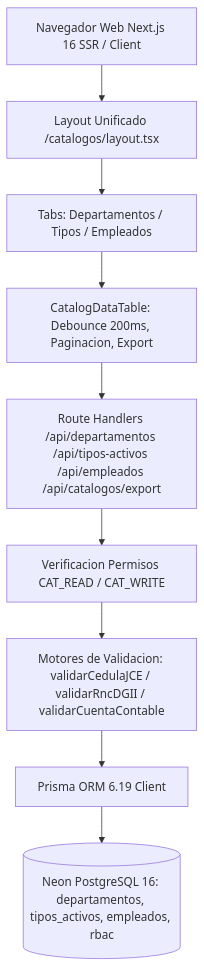
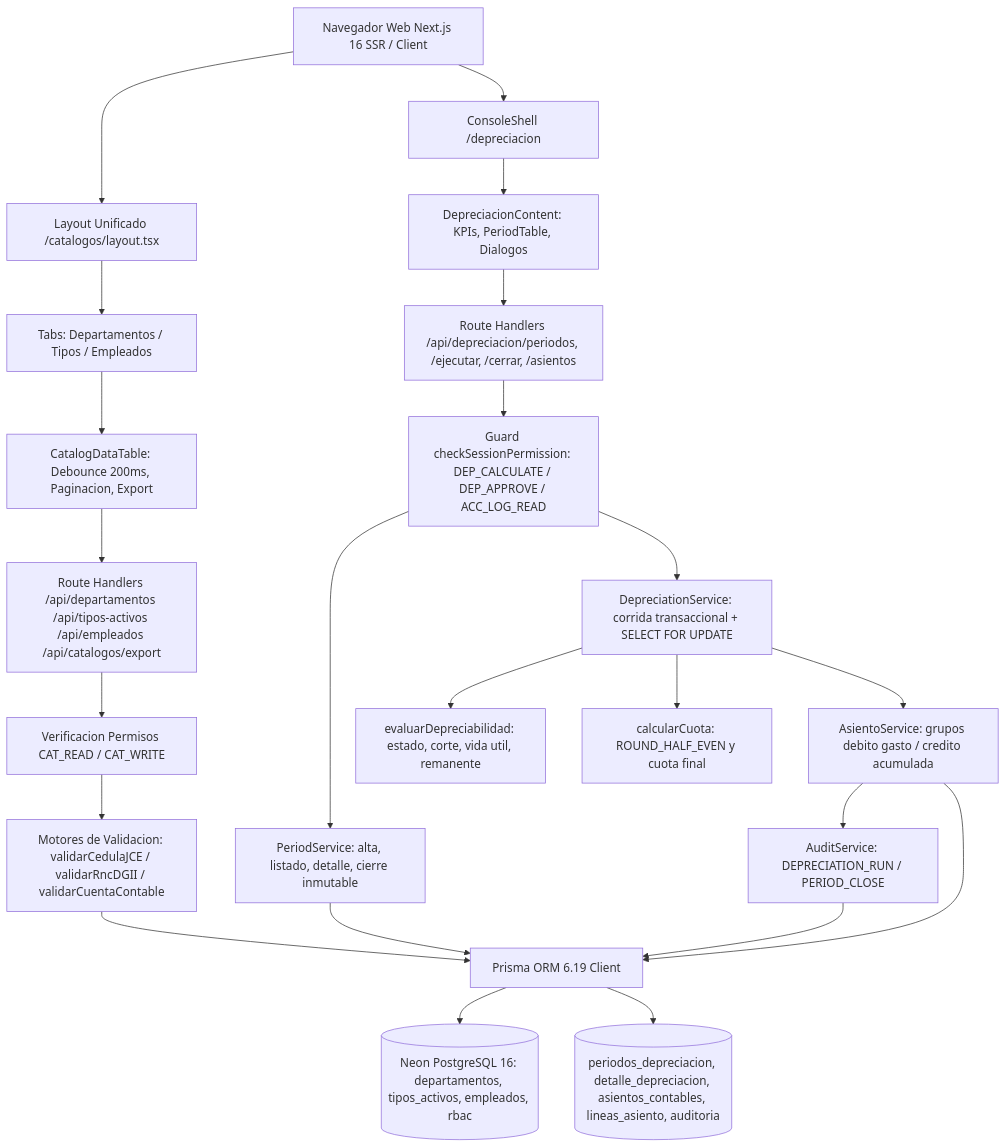
Before and after one commit to JeremyJS20/activa_core: the fifth of 6 diagrams in docs/modules/activos-fijos.md, drawn with Mermaid. The commit also changed other lines of this file and 12 other files, not shown here.

First line of the commit message:
test(depreciacion): wave 5 - suites de calculo, servicios, API y smoke E2E

````diff
--- a/docs/modules/activos-fijos.md
+++ b/docs/modules/activos-fijos.md
@@ -92,11 +105,26 @@
 ```mermaid
 flowchart TD
     Browser[Navegador Web Next.js 16 SSR / Client] --> Shell[Layout Unificado /catalogos/layout.tsx]
     Shell --> Tabs[Tabs: Departamentos / Tipos / Empleados]
     Tabs --> DataTable[CatalogDataTable: Debounce 200ms, Paginacion, Export]
     DataTable --> API_Catalogos[Route Handlers /api/departamentos /api/tipos-activos /api/empleados /api/catalogos/export]
     API_Catalogos --> RBAC_Gate[Verificacion Permisos CAT_READ / CAT_WRITE]
     RBAC_Gate --> Validators[Motores de Validacion: validarCedulaJCE / validarRncDGII / validarCuentaContable]
     Validators --> Prisma[Prisma ORM 6.19 Client]
     Prisma --> PostgreSQL[(Neon PostgreSQL 16: departamentos, tipos_activos, empleados, rbac)]
+
+    Browser --> Console[ConsoleShell /depreciacion]
+    Console --> DepContent[DepreciacionContent: KPIs, PeriodTable, Dialogos]
+    DepContent --> API_Dep[Route Handlers /api/depreciacion/periodos, /ejecutar, /cerrar, /asientos]
+    API_Dep --> RBAC_Dep[Guard checkSessionPermission: DEP_CALCULATE / DEP_APPROVE / ACC_LOG_READ]
+    RBAC_Dep --> PeriodSvc[PeriodService: alta, listado, detalle, cierre inmutable]
+    RBAC_Dep --> DepSvc[DepreciationService: corrida transaccional + SELECT FOR UPDATE]
+    DepSvc --> Universe[evaluarDepreciabilidad: estado, corte, vida util, remanente]
+    DepSvc --> Calc[calcularCuota: ROUND_HALF_EVEN y cuota final]
+    DepSvc --> AsientoSvc[AsientoService: grupos debito gasto / credito acumulada]
+    AsientoSvc --> AuditSvc[AuditService: DEPRECIATION_RUN / PERIOD_CLOSE]
+    PeriodSvc --> Prisma
+    AsientoSvc --> Prisma
+    AuditSvc --> Prisma
+    Prisma --> PostgreSQL_Dep[(periodos_depreciacion, detalle_depreciacion, asientos_contables, lineas_asiento, auditoria)]
 ```
````
